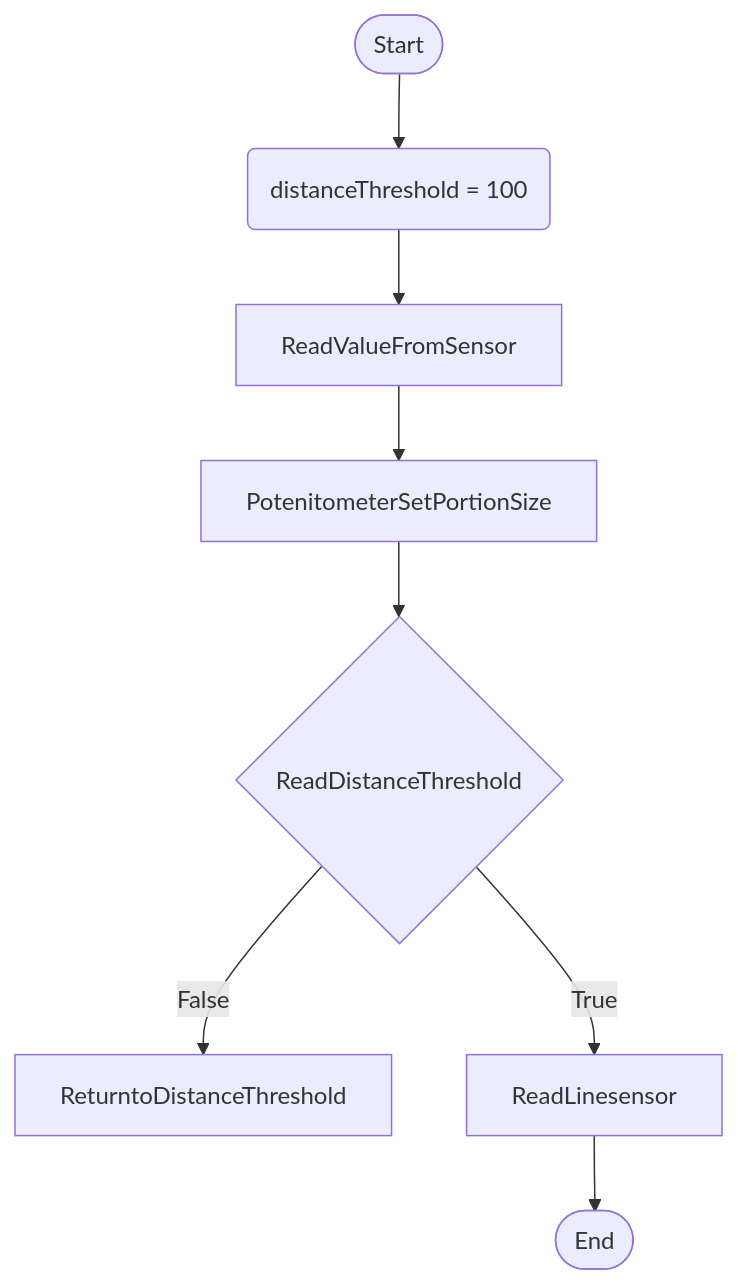
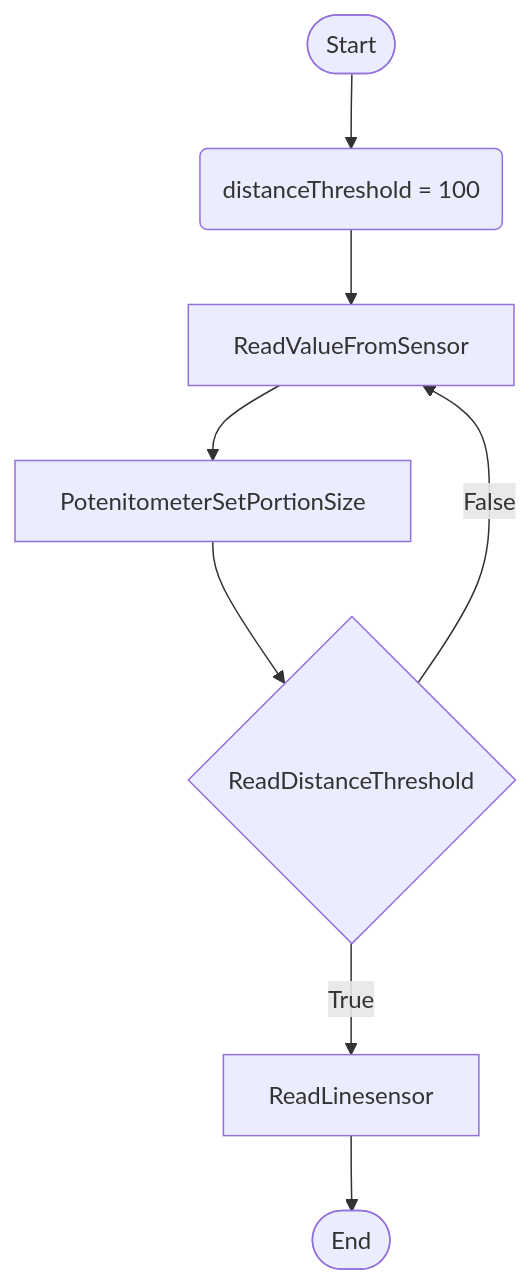
The first of 5 diagrams in logic.md (0347846/ElectronicsBoard), drawn with Mermaid before and after one commit. The commit also changed other lines of this file, not shown here.

Commit message:
Flow Chart Final

````diff
--- a/logic.md
+++ b/logic.md
@@ -1,14 +1,14 @@
 ```mermaid
 flowchart TD
 terminalStart([Start])
 terminalEnd([End])
 terminalStart --> thresholdSet(distanceThreshold = 100)
 thresholdSet --> ReadValueFromSensor
 -->
 PotenitometerSetPortionSize
 -->
 ifDistanceLessThanThreshold{ReadDistanceThreshold} 
-ifDistanceLessThanThreshold --> |False| ReturntoDistanceThreshold
+ifDistanceLessThanThreshold --> |False| ReadValueFromSensor
 ifDistanceLessThanThreshold --> |True| ReadLinesensor 
 --> terminalEnd([End])
 ```
````
